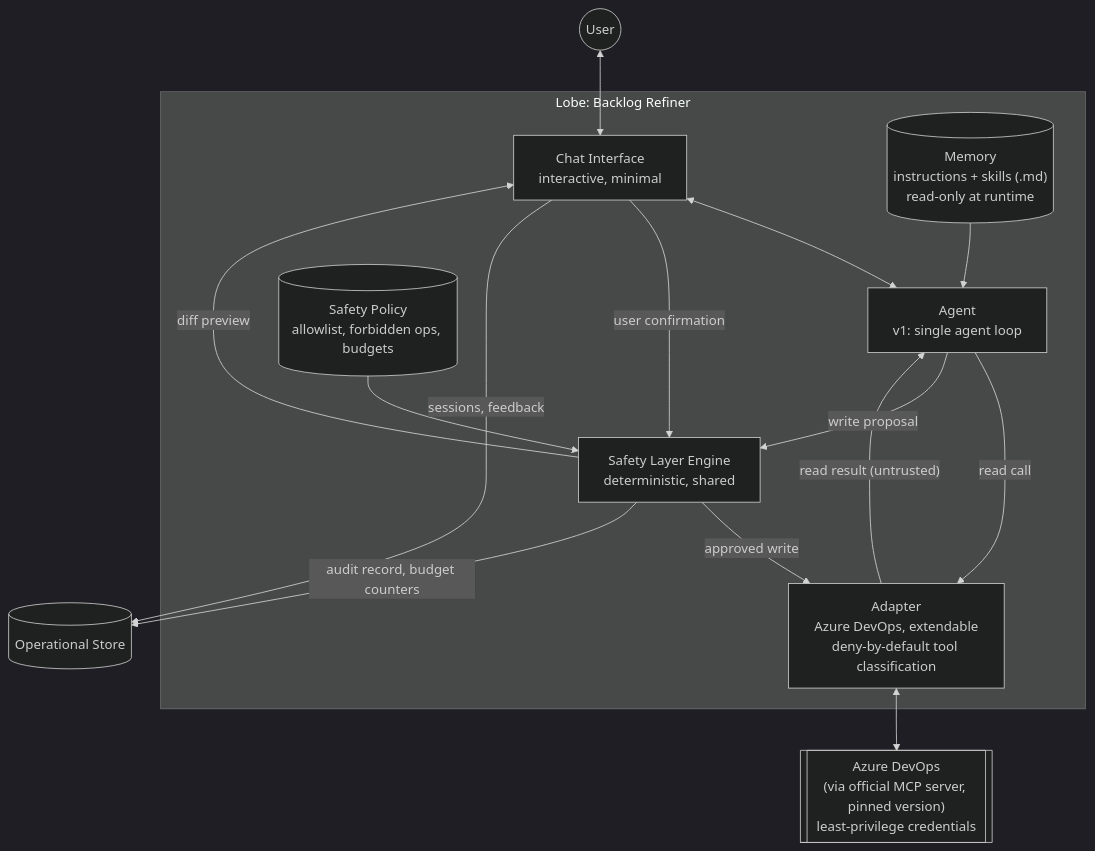
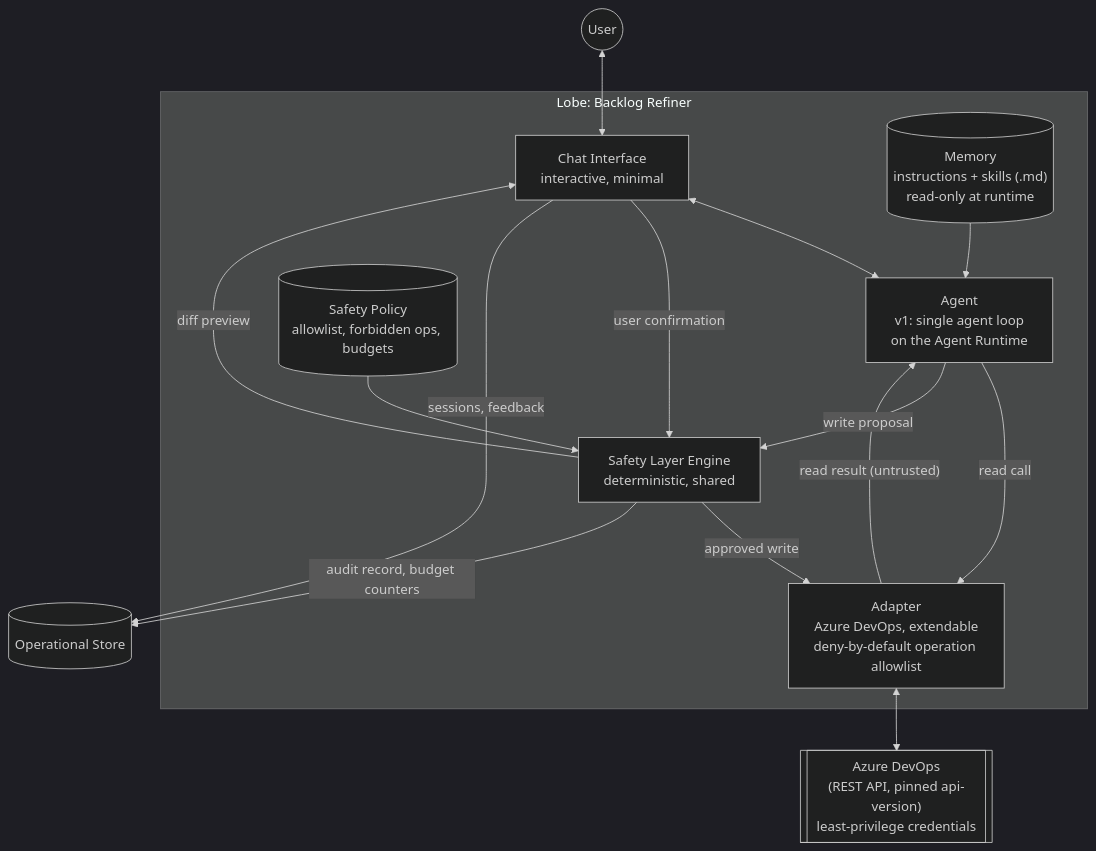
One commit to emiralpayar/pan-galactic-habit changed the second of 2 diagrams in ARCHITECTURE.md. Above: the diagram before and after it, drawn with Mermaid (dark theme). The commit also changed other lines of this file and 15 other files, not shown here.

First line of the commit message:
docs: add adr 0003 to 0005 for python, agent runtime, and ado adapter (#5)

````diff
--- a/ARCHITECTURE.md
+++ b/ARCHITECTURE.md
@@ -112,32 +113,32 @@
 ```mermaid
 flowchart TD
     USER(("User"))
 
     subgraph LB["Lobe: Backlog Refiner"]
         CHAT["Chat Interface<br/>interactive, minimal"]
-        AG["Agent<br/>v1: single agent loop"]
+        AG["Agent<br/>v1: single agent loop<br/>on the Agent Runtime"]
         MEM[("Memory<br/>instructions + skills (.md)<br/>read-only at runtime")]
         POL[("Safety Policy<br/>allowlist, forbidden ops, budgets")]
         SL["Safety Layer Engine<br/>deterministic, shared"]
-        AD["Adapter<br/>Azure DevOps, extendable<br/>deny-by-default tool classification"]
+        AD["Adapter<br/>Azure DevOps, extendable<br/>deny-by-default operation allowlist"]
 
         CHAT <--> AG
         MEM --> AG
         POL --> SL
         AG -- "read call" --> AD
         AD -- "read result (untrusted)" --> AG
         AG -- "write proposal" --> SL
         SL -- "diff preview" --> CHAT
         CHAT -- "user confirmation" --> SL
         SL -- "approved write" --> AD
     end
 
     USER <--> CHAT
 
-    ADO[["Azure DevOps<br/>(via official MCP server, pinned version)<br/>least-privilege credentials"]]
+    ADO[["Azure DevOps<br/>(REST API, pinned api-version)<br/>least-privilege credentials"]]
     AD <--> ADO
 
     OPS[("Operational Store")]
     SL -- "audit record, budget counters" --> OPS
     CHAT -- "sessions, feedback" --> OPS
 ```
````
